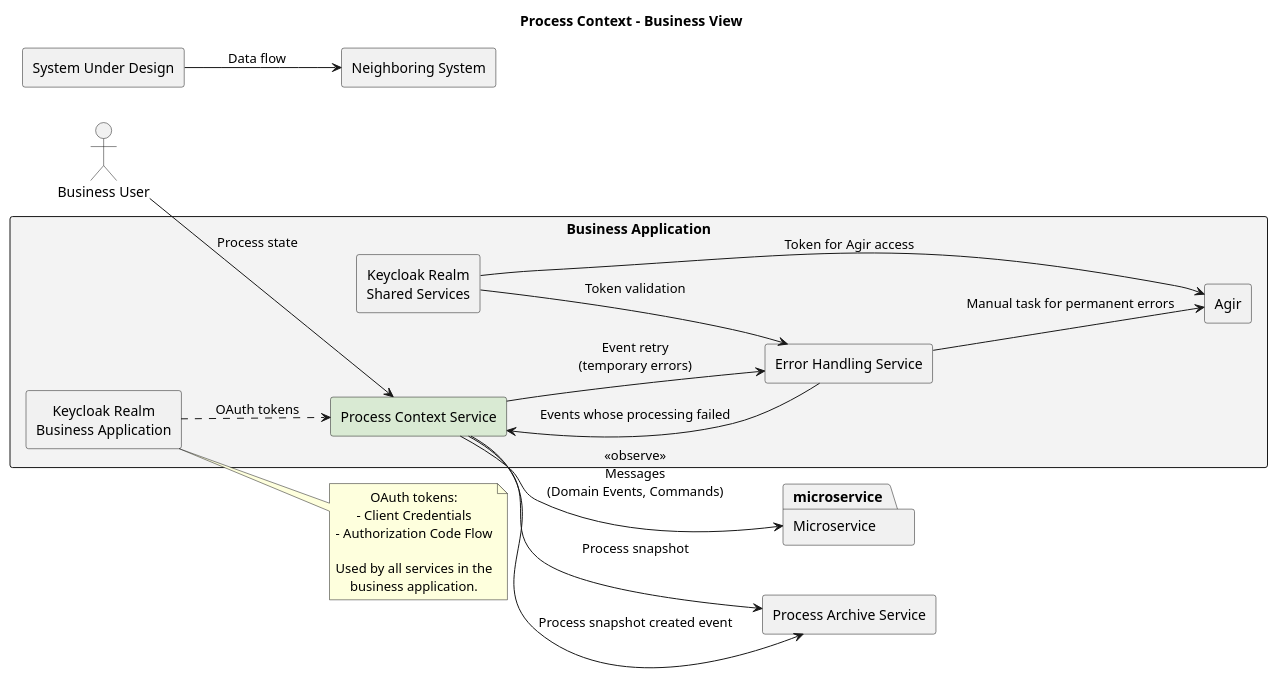
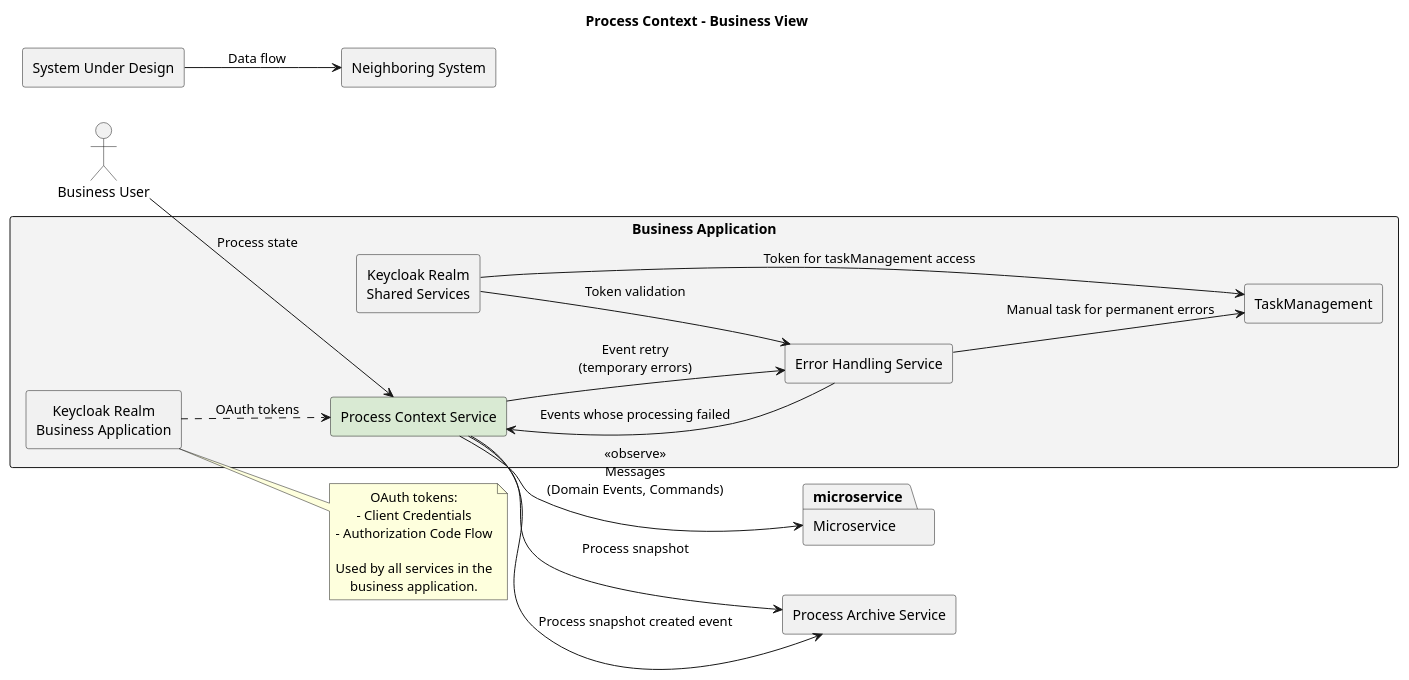
Before and after one commit to jeap-admin-ch/jeap: the first of 11 diagrams in docs/concepts/messaging/process-context-service/architecture-documentation.md, drawn with PlantUML. The commit also changed 9 other files, not shown here.

````diff
--- a/docs/concepts/messaging/process-context-service/architecture-documentation.md
+++ b/docs/concepts/messaging/process-context-service/architecture-documentation.md
@@ -115,63 +115,63 @@
 ```plantuml
 @startuml
 title Process Context – Business View
 
 left to right direction
 
 skinparam shadowing false
 skinparam componentStyle rectangle
 skinparam packageStyle rectangle
 skinparam defaultTextAlignment center
 
 actor "Business User" as businessUser
 
 package "Business Application" as businessApplication #F3F3F3 {
   component "Process Context Service" as processContextService #D9EAD3
   component "Error Handling Service" as errorHandlingService
-  component "Agir" as agir
+  component "TaskManagement" as taskManagement
   component "Keycloak Realm\nBusiness Application" as businessKeycloak
   component "Keycloak Realm\nShared Services" as sharedKeycloak
 }
 
 package "Microservice" as microservice
 
 component "Process Archive Service" as processArchiveService
 
 component "Neighboring System" as neighboringSystem
 component "System Under Design" as systemUnderDesign
 
 note right of businessKeycloak
   OAuth tokens:
   - Client Credentials
   - Authorization Code Flow
 
   Used by all services in the
   business application.
 end note
 
 businessUser --> processContextService : Process state
 
 processContextService --> microservice : <<observe>>\nMessages\n(Domain Events, Commands)
 
 processContextService --> errorHandlingService : Event retry\n(temporary errors)
 
 errorHandlingService --> processContextService : Events whose processing failed
 
-errorHandlingService --> agir : Manual task for permanent errors
+errorHandlingService --> taskManagement : Manual task for permanent errors
 
 sharedKeycloak --> errorHandlingService : Token validation
 
-sharedKeycloak --> agir : Token for Agir access
+sharedKeycloak --> taskManagement : Token for taskManagement access
 
 processContextService --> processArchiveService : Process snapshot
 
 processContextService --> processArchiveService : Process snapshot created event
 
 businessKeycloak ..> processContextService : OAuth tokens
 
 systemUnderDesign --> neighboringSystem : Data flow
 
 @enduml
 
 
 ```
````
